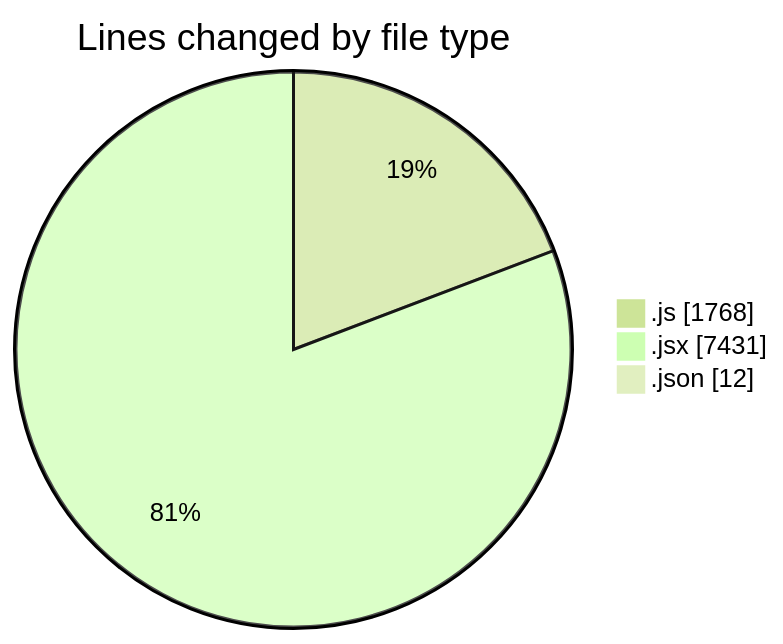
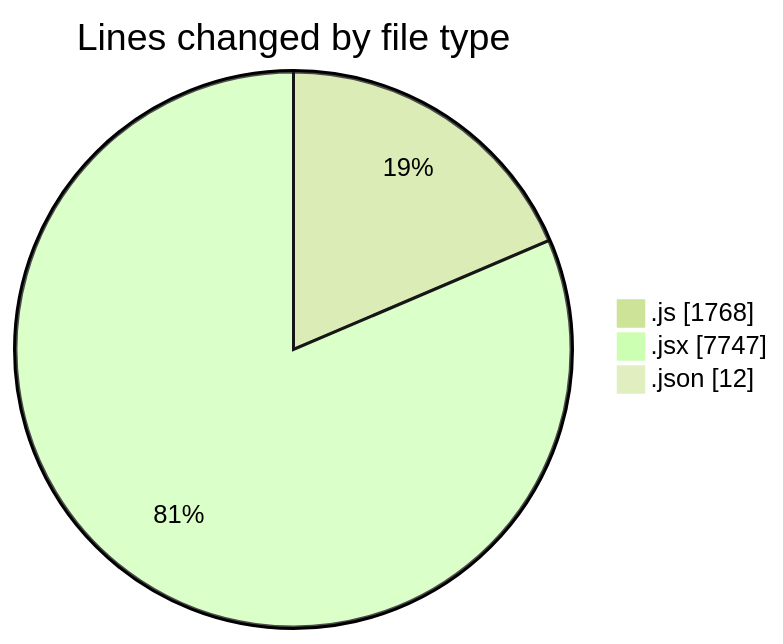
One commit to nxtqubesakshisongat/code-tracking changed the first of 2 diagrams in 2025-08-05/nxtqube_webapp/README.md. Above: the diagram before and after it, drawn with Mermaid (forest theme). The commit also changed other lines of this file and 1 other file, not shown here.

````diff
--- a/2025-08-05/nxtqube_webapp/README.md
+++ b/2025-08-05/nxtqube_webapp/README.md
@@ -40,7 +40,7 @@
 ```mermaid
 pie showData
 title Lines changed by file type
 ".js" : 1768
-".jsx" : 7431
+".jsx" : 7747
 ".json" : 12
 ```
````
